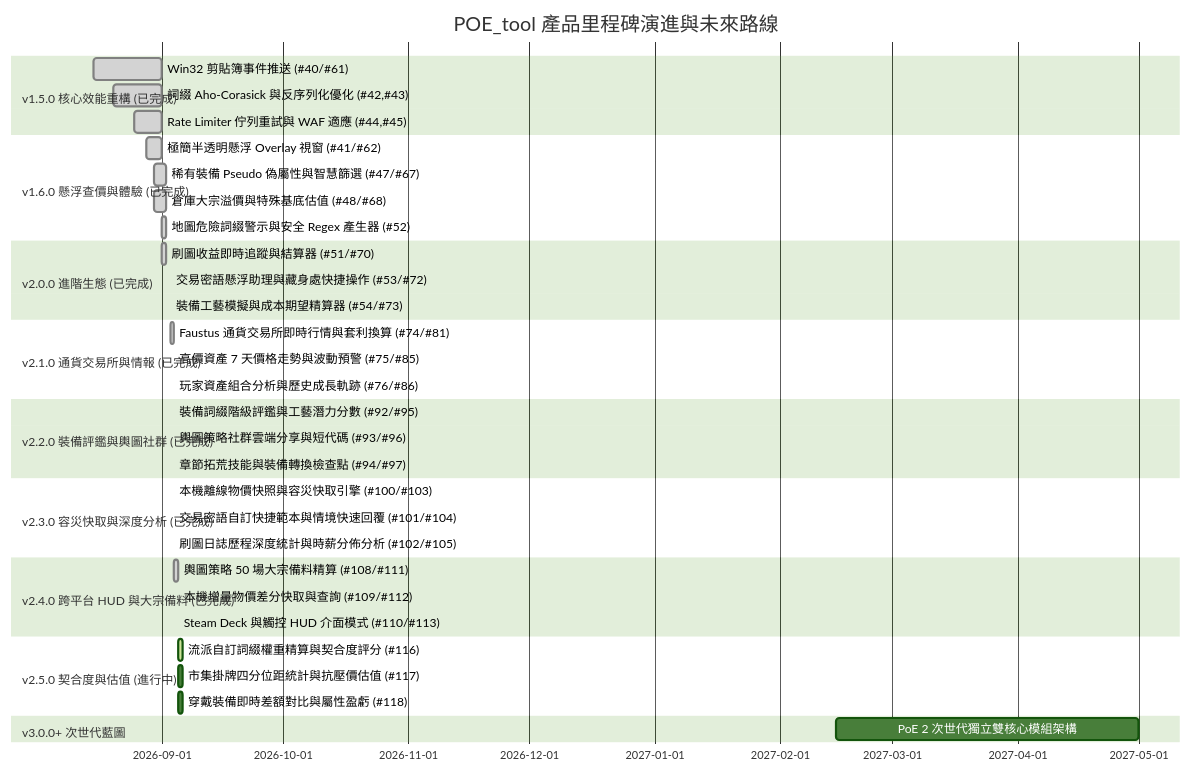
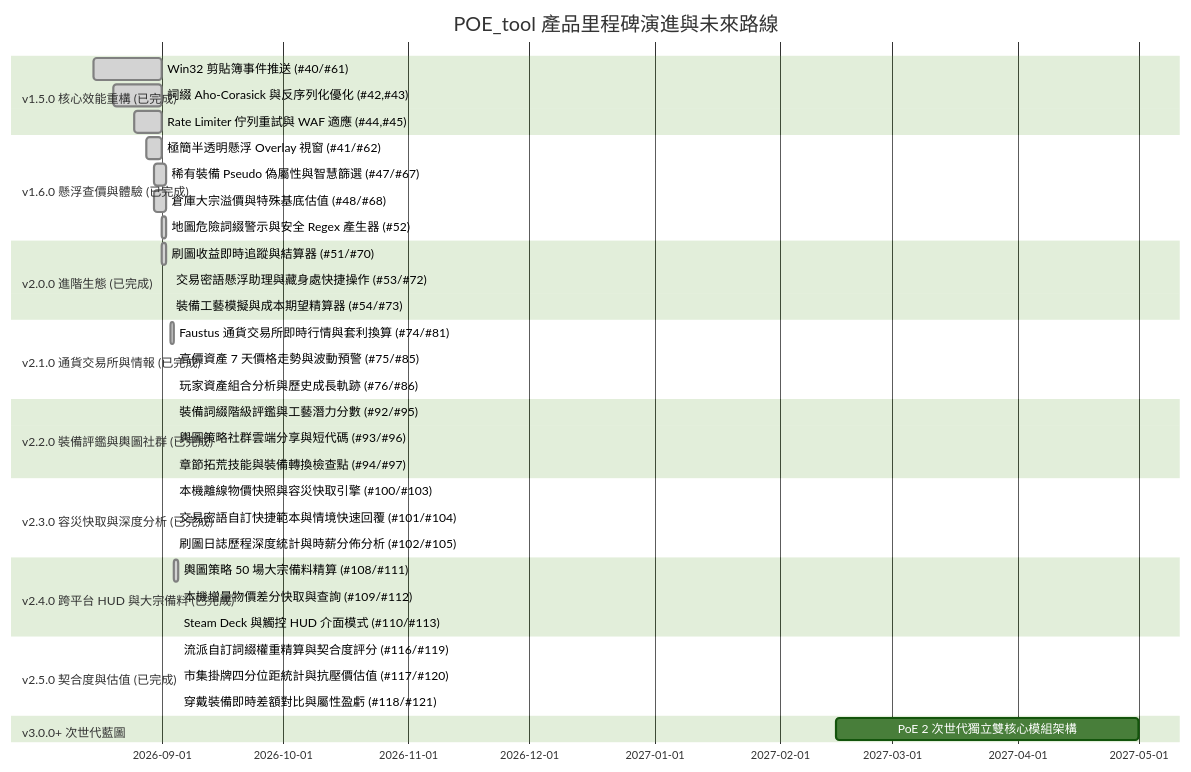
The diagram in ROADMAP.md (saijo0404/POE-tool), drawn with Mermaid (forest theme) before and after one commit. The commit also changed other lines of this file and 4 other files, not shown here.

````diff
--- a/ROADMAP.md
+++ b/ROADMAP.md
@@ -53,40 +53,40 @@
 ```mermaid
 gantt
     title POE_tool 產品里程碑演進與未來路線
     dateFormat  YYYY-MM-DD
     section v1.5.0 核心效能重構 (已完成)
     Win32 剪貼簿事件推送 (#40/#61)           :done,    m1_1, 2026-08-15, 2026-09-01
     詞綴 Aho-Corasick 與反序列化優化 (#42,#43) :done,    m1_2, 2026-08-20, 2026-09-01
     Rate Limiter 佇列重試與 WAF 適應 (#44,#45)  :done,    m1_3, 2026-08-25, 2026-09-01
     section v1.6.0 懸浮查價與體驗 (已完成)
     極簡半透明懸浮 Overlay 視窗 (#41/#62)     :done,    m2_1, 2026-08-28, 2026-09-01
     稀有裝備 Pseudo 偽屬性與智慧篩選 (#47/#67) :done,    m2_2, 2026-08-30, 2026-09-02
     倉庫大宗溢價與特殊基底估值 (#48/#68)      :done,    m2_3, 2026-08-30, 2026-09-02
     地圖危險詞綴警示與安全 Regex 產生器 (#52)  :done,    m2_4, 2026-09-01, 2026-09-02
     section v2.0.0 進階生態 (已完成)
     刷圖收益即時追蹤與結算器 (#51/#70)        :done,    m3_1, 2026-09-01, 2026-09-02
     交易密語懸浮助理與藏身處快捷操作 (#53/#72) :done,    m3_2, 2026-09-03, 2026-09-03
     裝備工藝模擬與成本期望精算器 (#54/#73)     :done,    m3_3, 2026-09-03, 2026-09-03
     section v2.1.0 通貨交易所與情報 (已完成)
     Faustus 通貨交易所即時行情與套利換算 (#74/#81) :done,    m4_1, 2026-09-03, 2026-09-04
     高價資產 7 天價格走勢與波動預警 (#75/#85)     :done,    m4_2, 2026-09-04, 2026-09-04
     玩家資產組合分析與歷史成長軌跡 (#76/#86)       :done,    m4_3, 2026-09-04, 2026-09-04
     section v2.2.0 裝備評鑑與輿圖社群 (已完成)
     裝備詞綴階級評鑑與工藝潛力分數 (#92/#95)     :done,    m5_1, 2026-09-04, 2026-09-04
     輿圖策略社群雲端分享與短代碼 (#93/#96)       :done,    m5_2, 2026-09-04, 2026-09-04
     章節拓荒技能與裝備轉換檢查點 (#94/#97)       :done,    m5_3, 2026-09-04, 2026-09-04
     section v2.3.0 容災快取與深度分析 (已完成)
     本機離線物價快照與容災快取引擎 (#100/#103)    :done,    m6_1, 2026-09-04, 2026-09-04
     交易密語自訂快捷範本與情境快速回覆 (#101/#104) :done,    m6_2, 2026-09-04, 2026-09-04
     刷圖日誌歷程深度統計與時薪分佈分析 (#102/#105) :done,    m6_3, 2026-09-04, 2026-09-04
     section v2.4.0 跨平台 HUD 與大宗備料 (已完成)
     輿圖策略 50 場大宗備料精算 (#108/#111)       :done,    m7_1, 2026-09-04, 2026-09-05
     本機增量物價差分快取與查詢 (#109/#112)       :done,    m7_2, 2026-09-05, 2026-09-05
     Steam Deck 與觸控 HUD 介面模式 (#110/#113)  :done,    m7_3, 2026-09-05, 2026-09-05
-    section v2.5.0 契合度與估值 (進行中)
-    流派自訂詞綴權重精算與契合度評分 (#116)      :active,  m8_1, 2026-09-05, 2026-09-06
-    市集掛牌四分位距統計與抗壓價估值 (#117)      :         m8_2, 2026-09-05, 2026-09-06
-    穿戴裝備即時差額對比與屬性盈虧 (#118)        :         m8_3, 2026-09-05, 2026-09-06
+    section v2.5.0 契合度與估值 (已完成)
+    流派自訂詞綴權重精算與契合度評分 (#116/#119)  :done,    m8_1, 2026-09-05, 2026-09-05
+    市集掛牌四分位距統計與抗壓價估值 (#117/#120)  :done,    m8_2, 2026-09-05, 2026-09-05
+    穿戴裝備即時差額對比與屬性盈虧 (#118/#121)    :done,    m8_3, 2026-09-05, 2026-09-05
     section v3.0.0+ 次世代藍圖
     PoE 2 次世代獨立雙核心模組架構           :         m9_1, 2027-02-15, 2027-05-01
 ```
````
